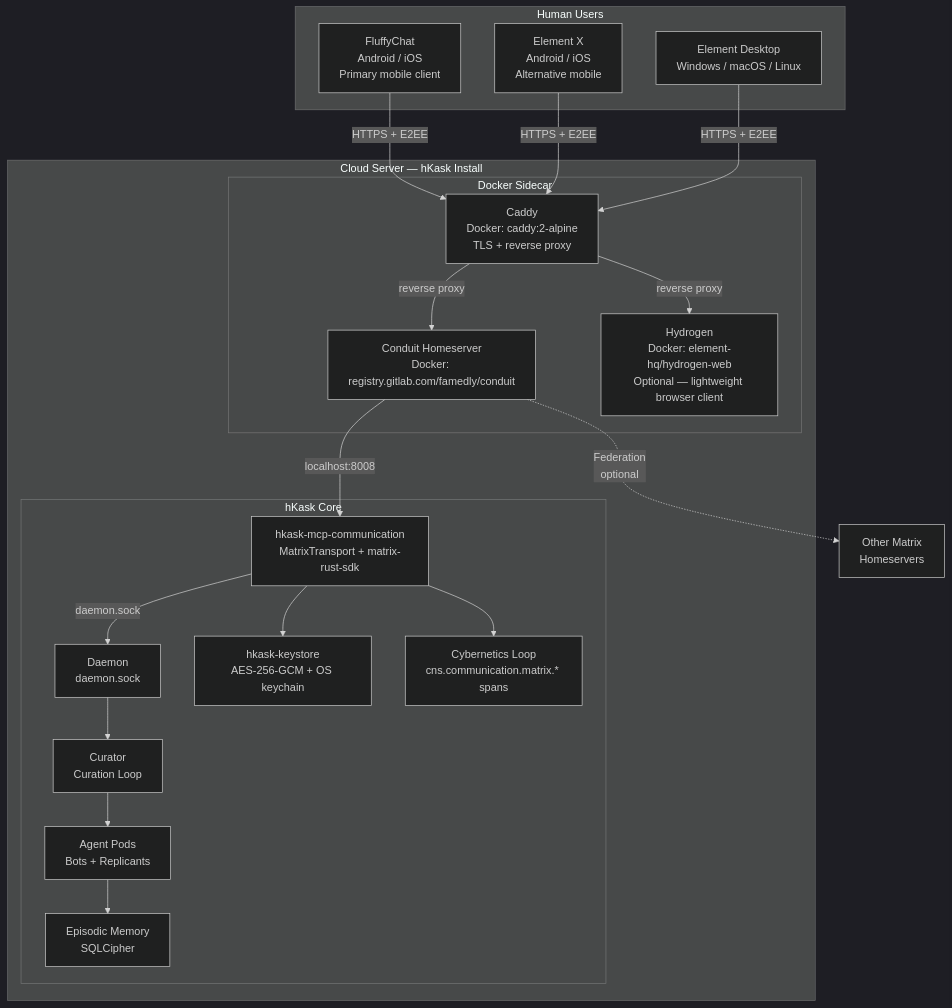
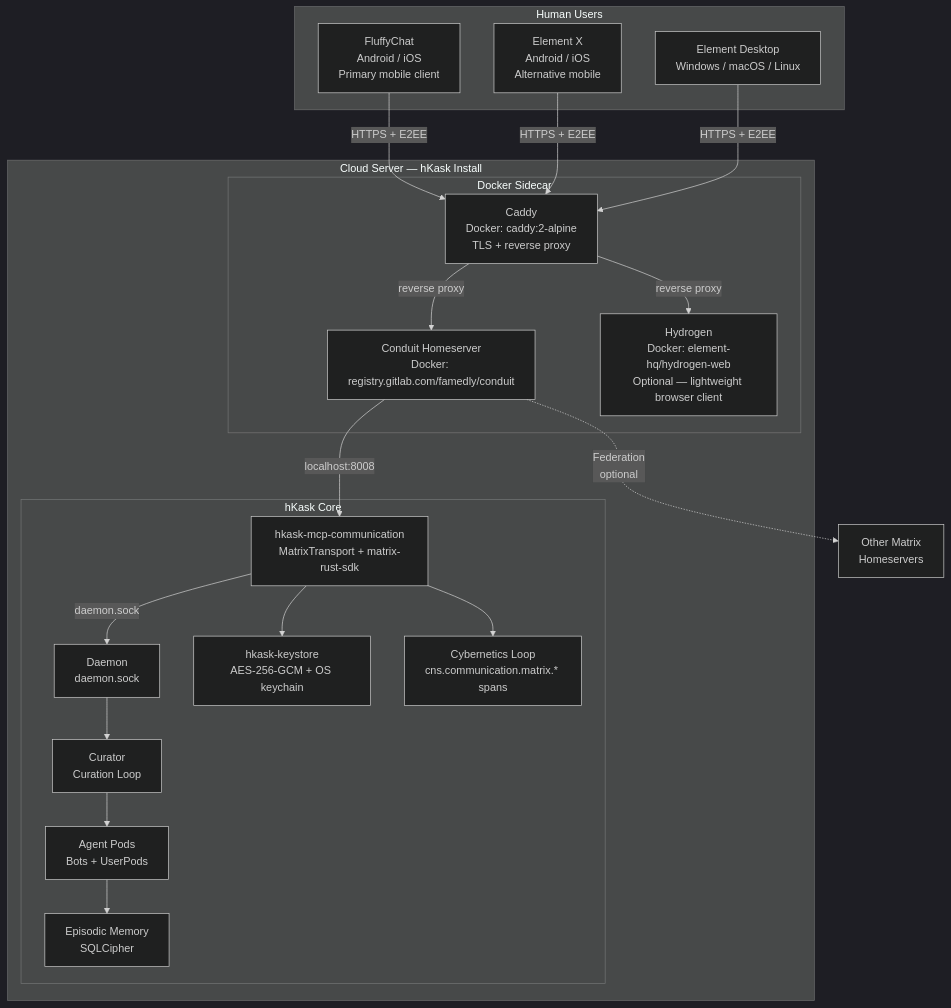
One commit to mdz-axo/hKask changed diagram 14 of 24 in docs/architecture/core/hKask-architecture-master.md. Above: the diagram before and after it, drawn with Mermaid (dark theme). The commit also changed other lines of this file and 109 other files, not shown here.

````diff
--- a/docs/architecture/core/hKask-architecture-master.md
+++ b/docs/architecture/core/hKask-architecture-master.md
@@ -2487,42 +2487,42 @@
 ```mermaid
 graph TD
     subgraph Cloud["Cloud Server — hKask Install"]
         subgraph Sidecar["Docker Sidecar"]
             CADDY[Caddy<br/>Docker: caddy:2-alpine<br/>TLS + reverse proxy]
             CONDUIT[Conduit Homeserver<br/>Docker: registry.gitlab.com/famedly/conduit]
             ELEMENT[Hydrogen<br/>Docker: element-hq/hydrogen-web<br/>Optional — lightweight browser client]
         end
         
         subgraph Core["hKask Core"]
             DAEMON[Daemon<br/>daemon.sock]
             MCP_COMM[hkask-mcp-communication<br/>MatrixTransport + matrix-rust-sdk]
             CURATOR[Curator<br/>Curation Loop]
-            AGENTS[Agent Pods<br/>Bots + Replicants]
+            AGENTS[Agent Pods<br/>Bots + UserPods]
             KEYSTORE[hkask-keystore<br/>AES-256-GCM + OS keychain]
             EPISODIC[Episodic Memory<br/>SQLCipher]
             CNS[Cybernetics Loop<br/>cns.communication.matrix.* spans]
         end
     end
     
     subgraph Humans["Human Users"]
         FLUFFY[FluffyChat<br/>Android / iOS<br/>Primary mobile client]
         ELEM_X[Element X<br/>Android / iOS<br/>Alternative mobile]
         ELEM_D[Element Desktop<br/>Windows / macOS / Linux]
     end
     
     FLUFFY -->|HTTPS + E2EE| CADDY
     ELEM_X -->|HTTPS + E2EE| CADDY
     ELEM_D -->|HTTPS + E2EE| CADDY
     CADDY -->|reverse proxy| CONDUIT
     CADDY -->|reverse proxy| ELEMENT
     
     CONDUIT -->|localhost:8008| MCP_COMM
     MCP_COMM -->|daemon.sock| DAEMON
     DAEMON --> CURATOR
     CURATOR --> AGENTS
     AGENTS --> EPISODIC
     MCP_COMM --> KEYSTORE
     MCP_COMM --> CNS
     
     CONDUIT -.->|Federation<br/>optional| OTHER[Other Matrix<br/>Homeservers]
 ```
````
